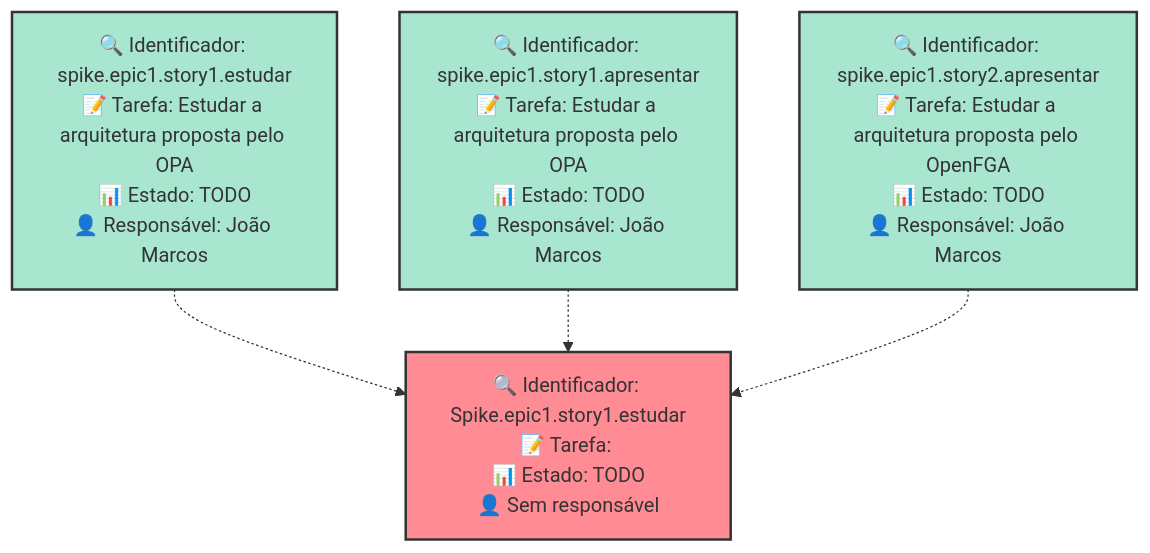
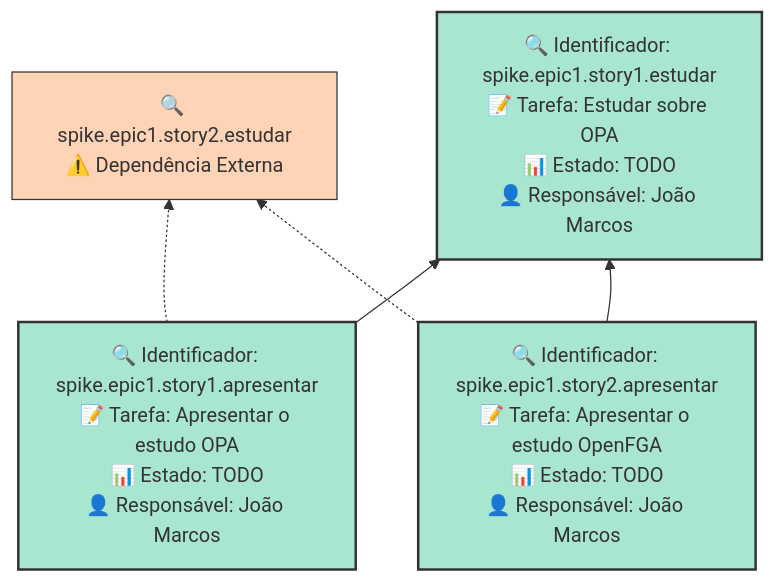
One commit to the-made-project/leds-tools-made-gestao changed the diagram in example/docs/management/sprints/estudo.md. Above: the diagram before and after it, drawn with Mermaid. The commit also changed other lines of this file and 11 other files, not shown here.

````diff
--- a/example/docs/management/sprints/estudo.md
+++ b/example/docs/management/sprints/estudo.md
@@ -30,14 +24,14 @@
 ```mermaid
-graph TD
+graph BT
     classDef sprint fill:#a8e6cf,stroke:#333,stroke-width:2px;
-    classDef external fill:#ffd3b6,stroke:#333,stroke-width:2px;
-    classDef pending fill:#ff8b94,stroke:#333,stroke-width:2px;
     classDef done fill:#98fb98,stroke:#333,stroke-width:2px;
-    spike.epic1.story1.estudar["🔍 Identificador: spike.epic1.story1.estudar<br>📝 Tarefa: Estudar a arquitetura proposta pelo OPA<br>📊 Estado: TODO<br>👤 Responsável: João Marcos "]:::sprint
-    spike.epic1.story1.apresentar["🔍 Identificador: spike.epic1.story1.apresentar<br>📝 Tarefa: Estudar a arquitetura proposta pelo OPA<br>📊 Estado: TODO<br>👤 Responsável: João Marcos "]:::sprint
-    spike.epic1.story2.apresentar["🔍 Identificador: spike.epic1.story2.apresentar<br>📝 Tarefa: Estudar a arquitetura proposta pelo OpenFGA<br>📊 Estado: TODO<br>👤 Responsável: João Marcos "]:::sprint
-    Spike.epic1.story1.estudar["🔍 Identificador: Spike.epic1.story1.estudar<br>📝 Tarefa: <br>📊 Estado: TODO<br>👤 Sem responsável"]:::pending
-    spike.epic1.story1.estudar -.-> Spike.epic1.story1.estudar
-    spike.epic1.story1.apresentar -.-> Spike.epic1.story1.estudar
-    spike.epic1.story2.apresentar -.-> Spike.epic1.story1.estudar
+    classDef external fill:#ffd3b6,stroke:#333,stroke-width:1px;
+    spike.epic1.story2.estudar["🔍 spike.epic1.story2.estudar<br>⚠️ Dependência Externa"]:::external
+    spike.epic1.story1.estudar["🔍 Identificador: spike.epic1.story1.estudar<br>📝 Tarefa: Estudar sobre OPA<br>📊 Estado: TODO<br>👤 Responsável: João Marcos "]:::sprint
+    spike.epic1.story1.apresentar["🔍 Identificador: spike.epic1.story1.apresentar<br>📝 Tarefa: Apresentar o estudo OPA<br>📊 Estado: TODO<br>👤 Responsável: João Marcos "]:::sprint
+    spike.epic1.story2.apresentar["🔍 Identificador: spike.epic1.story2.apresentar<br>📝 Tarefa: Apresentar o estudo OpenFGA<br>📊 Estado: TODO<br>👤 Responsável: João Marcos "]:::sprint
+    spike.epic1.story1.apresentar -.-> spike.epic1.story2.estudar
+    spike.epic1.story1.apresentar --> spike.epic1.story1.estudar
+    spike.epic1.story2.apresentar -.-> spike.epic1.story2.estudar
+    spike.epic1.story2.apresentar --> spike.epic1.story1.estudar
 ```
````
